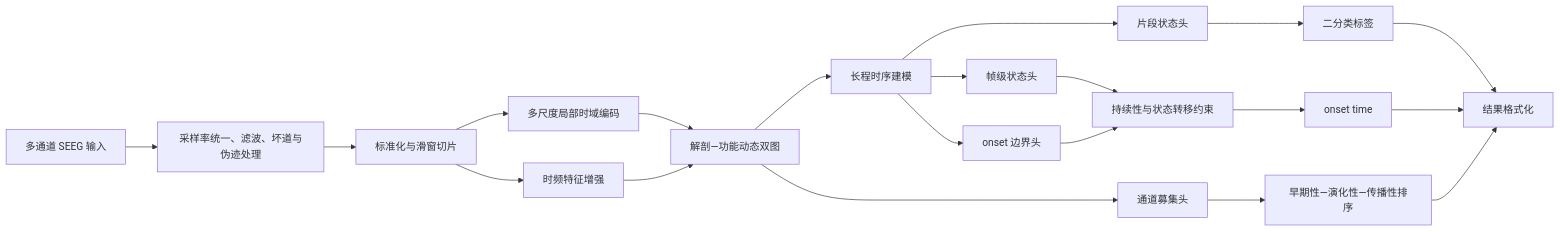
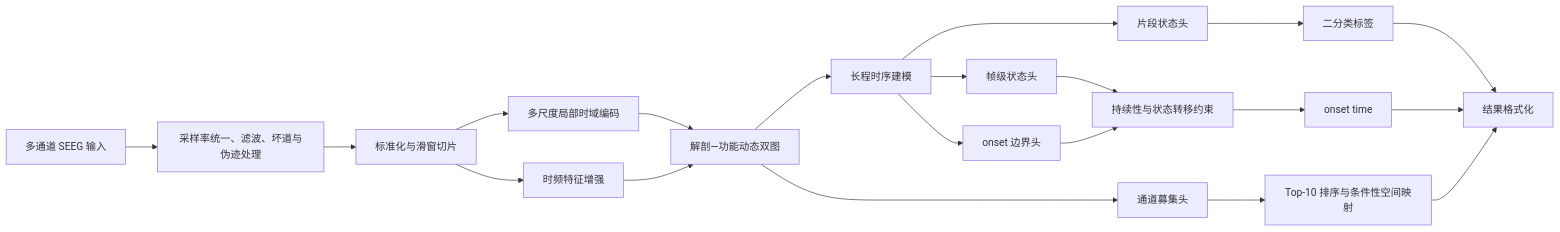
Before and after one commit to Kuririn86/SEEG: the diagram in SEEG癫痫发作状态智能检测算法方案_ACEHolix.md, drawn with Mermaid. The commit also changed other lines of this file, not shown here.

````diff
--- a/SEEG癫痫发作状态智能检测算法方案_ACEHolix.md
+++ b/SEEG癫痫发作状态智能检测算法方案_ACEHolix.md
@@ -31,22 +31,22 @@
 ```mermaid
 flowchart LR
     A["多通道 SEEG 输入"] --> B["采样率统一、滤波、坏道与伪迹处理"]
     B --> C["标准化与滑窗切片"]
     C --> D["多尺度局部时域编码"]
     C --> E["时频特征增强"]
     D --> F["解剖—功能动态双图"]
     E --> F
     F --> G["长程时序建模"]
     G --> H["片段状态头"]
     G --> I["帧级状态头"]
     G --> J["onset 边界头"]
     F --> K["通道募集头"]
     I --> L["持续性与状态转移约束"]
     J --> L
-    K --> O["早期性—演化性—传播性排序"]
+    K --> O["Top-10 排序与条件性空间映射"]
     H --> M["二分类标签"]
     L --> N["onset time"]
     M --> P["结果格式化"]
     N --> P
     O --> P
 ```
````
